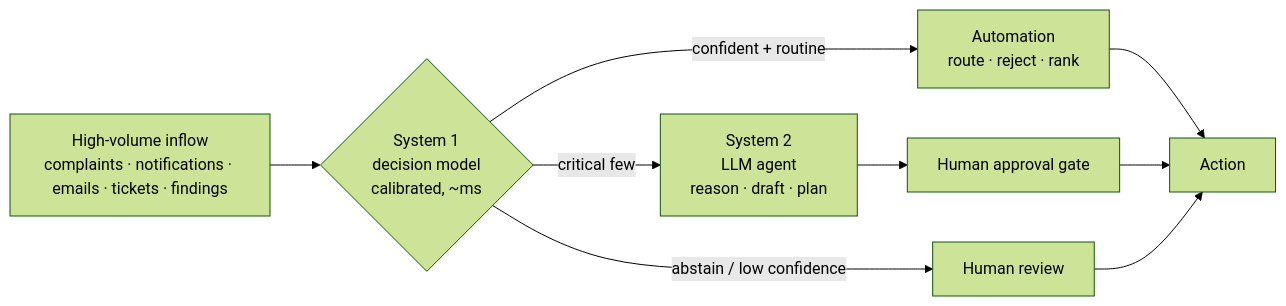
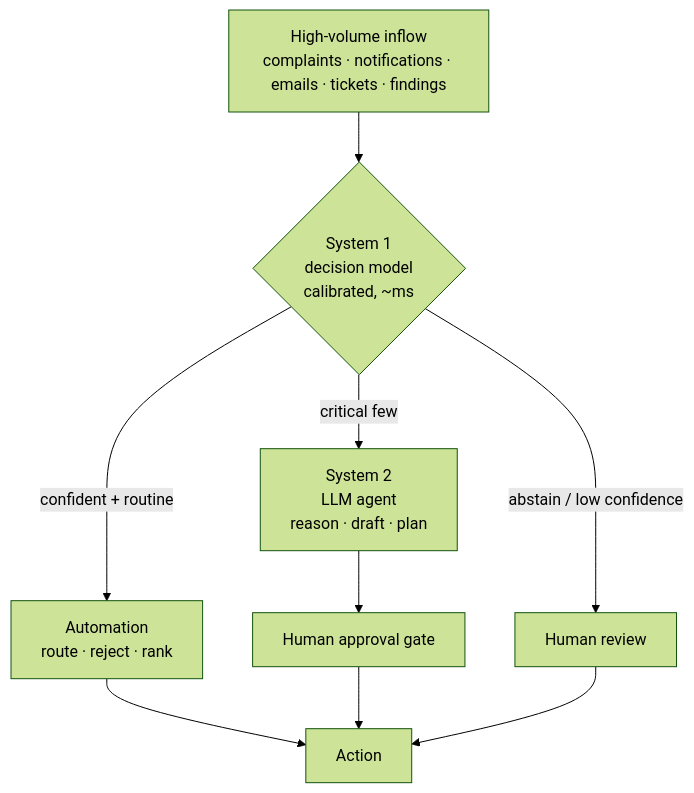
The diagram in book/06-part6-synthesis.md (jayanthbagare/complete_book), drawn with Mermaid (forest theme) before and after one commit. The commit also changed 9 other files, not shown here.

First line of the commit message:
Fix site layout and unreadable diagrams

````diff
--- a/book/06-part6-synthesis.md
+++ b/book/06-part6-synthesis.md
@@ -98,11 +98,11 @@
 ```mermaid
-graph LR
+graph TD
   IN[High-volume inflow<br/>complaints · notifications · emails · tickets · findings] --> S1{System 1<br/>decision model<br/>calibrated, ~ms}
   S1 -->|confident + routine| AUTO[Automation<br/>route · reject · rank]
   S1 -->|abstain / low confidence| HUMAN[Human review]
   S1 -->|critical few| S2[System 2<br/>LLM agent<br/>reason · draft · plan]
   S2 --> GATE[Human approval gate]
   AUTO --> OUT[Action]
   GATE --> OUT
   HUMAN --> OUT
 ```
````
